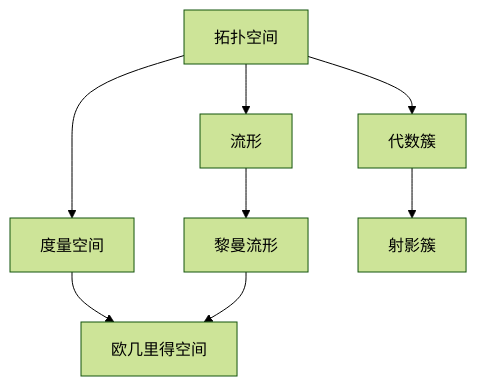
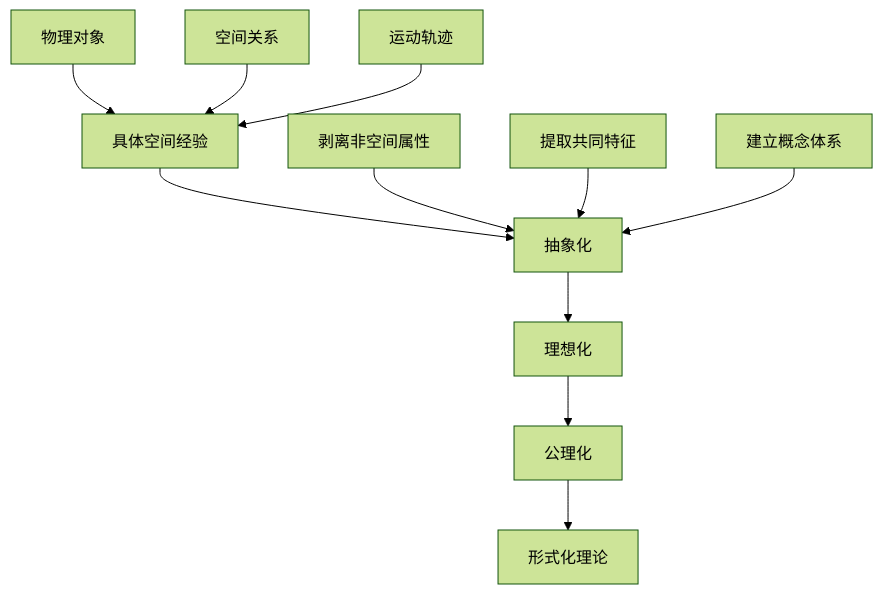
The first of 3 diagrams in Math/Refactor/05-几何与空间结构/00-几何与空间结构总览.md (AdaMartin18010/Mathematics), drawn with Mermaid (forest theme) before and after one commit. The commit also changed other lines of this file and 56 other files, not shown here.

````diff
--- a/Math/Refactor/05-几何与空间结构/00-几何与空间结构总览.md
+++ b/Math/Refactor/05-几何与空间结构/00-几何与空间结构总览.md
@@ -214,10 +119,15 @@
 ```mermaid
 graph TD
-    A[拓扑空间] --> B[度量空间]
-    B --> C[欧几里得空间]
-    A --> D[流形]
-    D --> E[黎曼流形]
-    E --> C
-    A --> F[代数簇]
-    F --> G[射影簇]
+    A[具体空间经验] --> B[抽象化]
+    B --> C[理想化]
+    C --> D[公理化]
+    D --> E[形式化理论]
+    
+    A1[物理对象] --> A
+    A2[空间关系] --> A
+    A3[运动轨迹] --> A
+    
+    B1[剥离非空间属性] --> B
+    B2[提取共同特征] --> B
+    B3[建立概念体系] --> B
 ```
````
